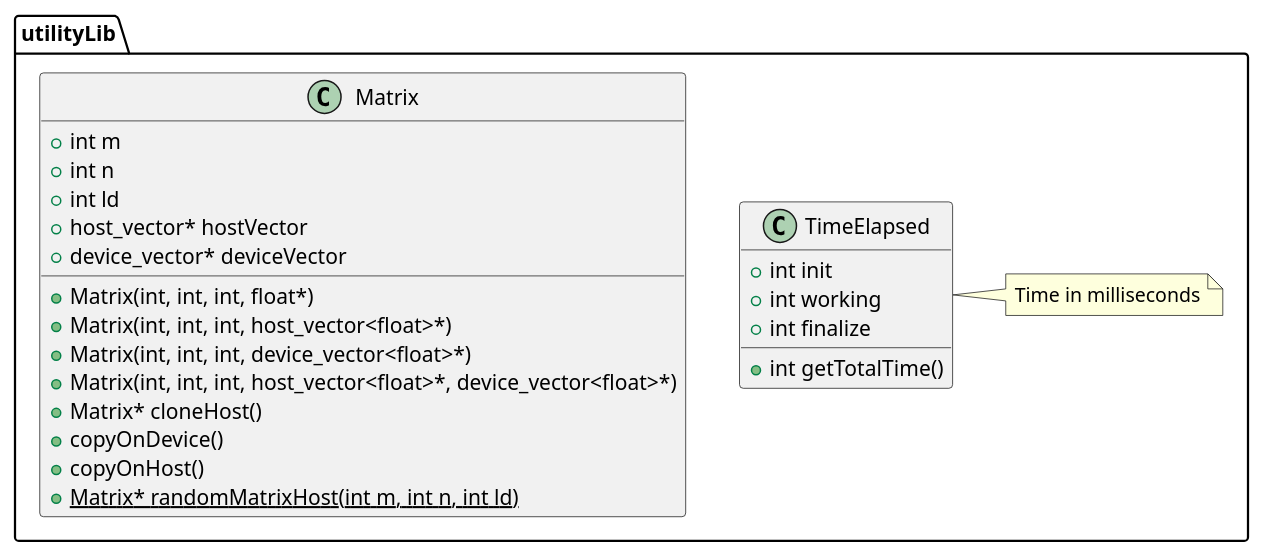
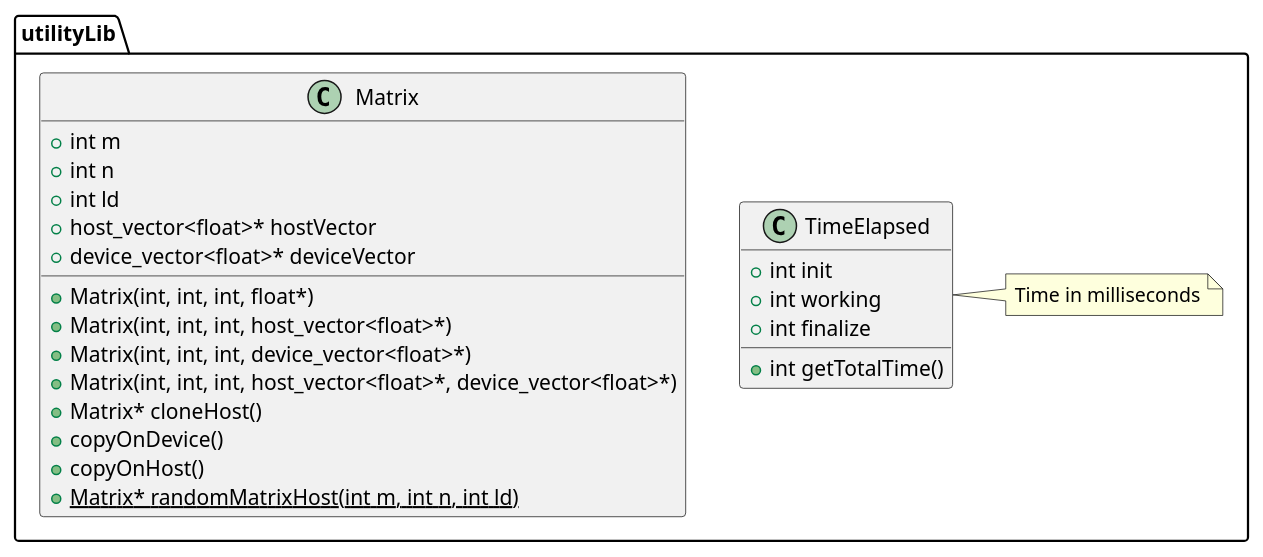
One commit to newfla/CUDA-K-SVD-Denoising changed the diagram in uml/src/baseUtilityLib.puml. Above: the diagram before and after it, drawn with PlantUML. The commit also changed 11 other files, not shown here.

```diff
--- a/uml/src/baseUtilityLib.puml
+++ b/uml/src/baseUtilityLib.puml
@@ -1,30 +1,30 @@
 @startuml BaseUtilityDiagram
 
 package utilityLib{
 
     class Matrix{
         + int m
         + int n
         + int ld
-        + host_vector* hostVector
-        + device_vector* deviceVector
+        + host_vector<float>* hostVector
+        + device_vector<float>* deviceVector
         
         + Matrix(int, int, int, float*)
         + Matrix(int, int, int, host_vector<float>*)
         + Matrix(int, int, int, device_vector<float>*)
         + Matrix(int, int, int, host_vector<float>*, device_vector<float>*)
         + Matrix* cloneHost()
         + copyOnDevice()
         + copyOnHost()
         {static} + Matrix* randomMatrixHost(int m, int n, int ld)
     }
 
     class TimeElapsed{
         + int init
         + int working
         + int finalize
         + int getTotalTime()
     }
 
     note right: Time in milliseconds
 @enduml
```
